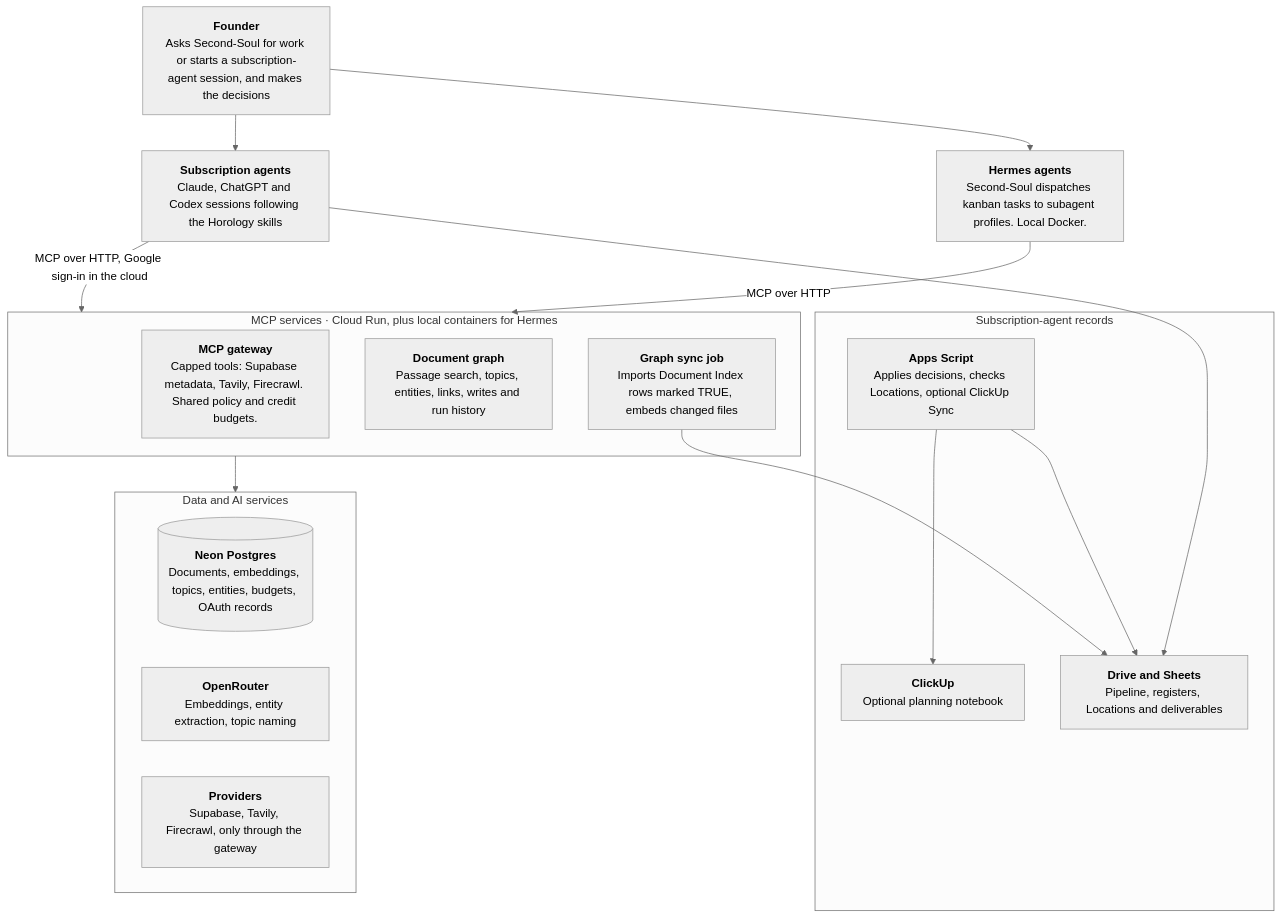
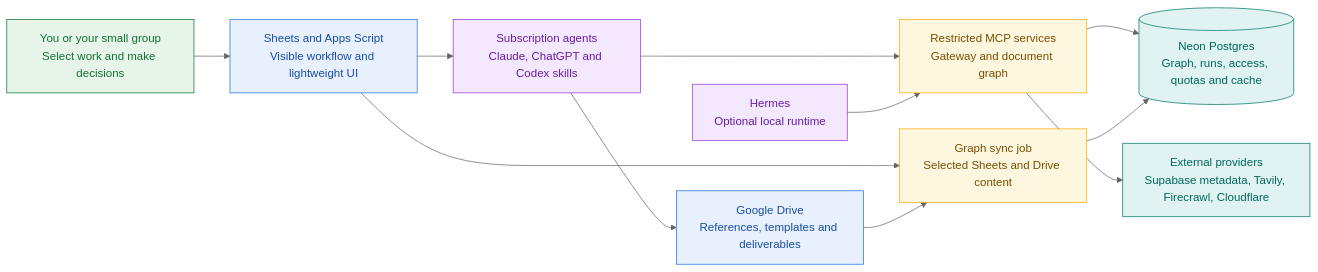
Before and after one commit to Welladino/Horology: the diagram in docs/architecture/overview.md, drawn with Mermaid (neutral theme). The commit also changed other lines of this file and 49 other files, not shown here.

Commit message:
docs: refresh architecture and operational guides

````diff
--- a/docs/architecture/overview.md
+++ b/docs/architecture/overview.md
@@ -5,30 +5,33 @@
 ```mermaid
-flowchart TB
-  founder["<b>Founder</b><br/>Asks Second-Soul for work or starts a subscription-agent session, and makes the decisions"]
-  hermes["<b>Hermes agents</b><br/>Second-Soul dispatches kanban tasks to subagent profiles. Local Docker."]
-  subs["<b>Subscription agents</b><br/>Claude, ChatGPT and Codex sessions following the Horology skills"]
-  founder --> hermes
-  founder --> subs
-  subgraph mcp["MCP services · Cloud Run, plus local containers for Hermes"]
-    gateway["<b>MCP gateway</b><br/>Capped tools: Supabase metadata, Tavily, Firecrawl. Shared policy and credit budgets."]
-    dg["<b>Document graph</b><br/>Passage search, topics, entities, links, writes and run history"]
-    gsync["<b>Graph sync job</b><br/>Imports Document Index rows marked TRUE, embeds changed files"]
-  end
-  hermes -- "MCP over HTTP" --> mcp
-  subs -- "MCP over HTTP, Google sign-in in the cloud" --> mcp
-  subgraph services["Data and AI services"]
-    neon[("<b>Neon Postgres</b><br/>Documents, embeddings, topics, entities, budgets, OAuth records")]
-    openrouter["<b>OpenRouter</b><br/>Embeddings, entity extraction, topic naming"]
-    providers["<b>Providers</b><br/>Supabase, Tavily, Firecrawl, only through the gateway"]
-  end
-  mcp --> services
-  subgraph records["Subscription-agent records"]
-    sheets["<b>Drive and Sheets</b><br/>Pipeline, registers, Locations and deliverables"]
-    apps["<b>Apps Script</b><br/>Applies decisions, checks Locations, optional ClickUp Sync"]
-    clickup["<b>ClickUp</b><br/>Optional planning notebook"]
-  end
-  subs --> sheets
-  gsync --> sheets
-  apps --> sheets
-  apps --> clickup
+flowchart LR
+  person["You or your small group<br/>Select work and make decisions"]
+  workspace["Sheets and Apps Script<br/>Visible workflow and lightweight UI"]
+  agents["Subscription agents<br/>Claude, ChatGPT and Codex skills"]
+  drive["Google Drive<br/>References, templates and deliverables"]
+  services["Restricted MCP services<br/>Gateway and document graph"]
+  hermes["Hermes<br/>Optional local runtime"]
+  syncjob["Graph sync job<br/>Selected Sheets and Drive content"]
+  providers["External providers<br/>Supabase metadata, Tavily, Firecrawl, Cloudflare"]
+  neon[("Neon Postgres<br/>Graph, runs, access, quotas and cache")]
+
+  person --> workspace --> agents
+  agents --> drive
+  agents --> services
+  hermes --> services
+  services --> providers
+  services --> neon
+  workspace --> syncjob
+  drive --> syncjob
+  syncjob --> neon
+
+  classDef human fill:#e6f4ea,stroke:#137333,color:#137333
+  classDef workspaceStyle fill:#e8f0fe,stroke:#1a73e8,color:#174ea6
+  classDef runtime fill:#f3e8fd,stroke:#9334e6,color:#681da8
+  classDef service fill:#fef7e0,stroke:#f9ab00,color:#7a4f01
+  classDef storage fill:#e0f2f1,stroke:#00796b,color:#00695c
+  class person human
+  class workspace,drive workspaceStyle
+  class agents,hermes runtime
+  class services,syncjob service
+  class providers,neon storage
 ```
````
